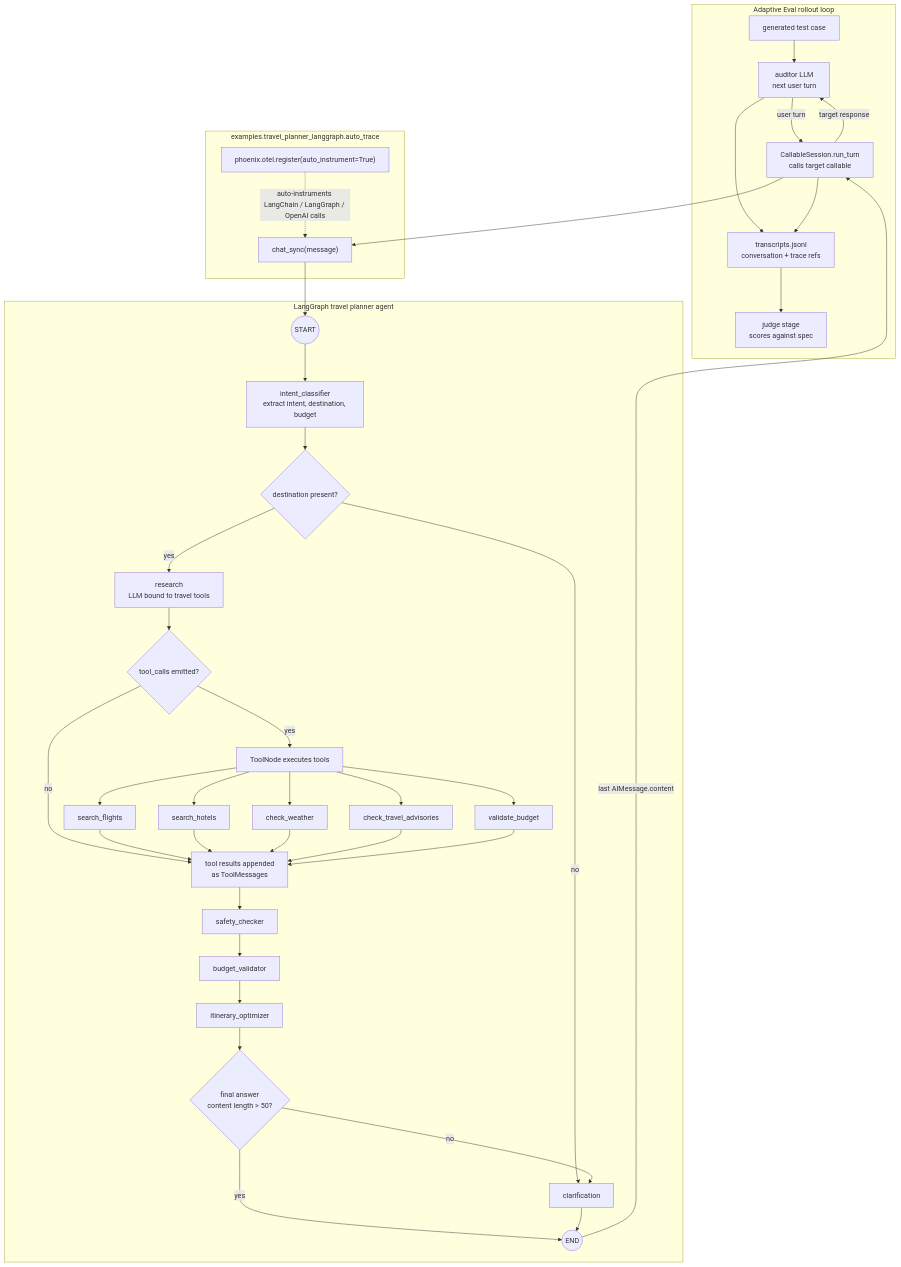
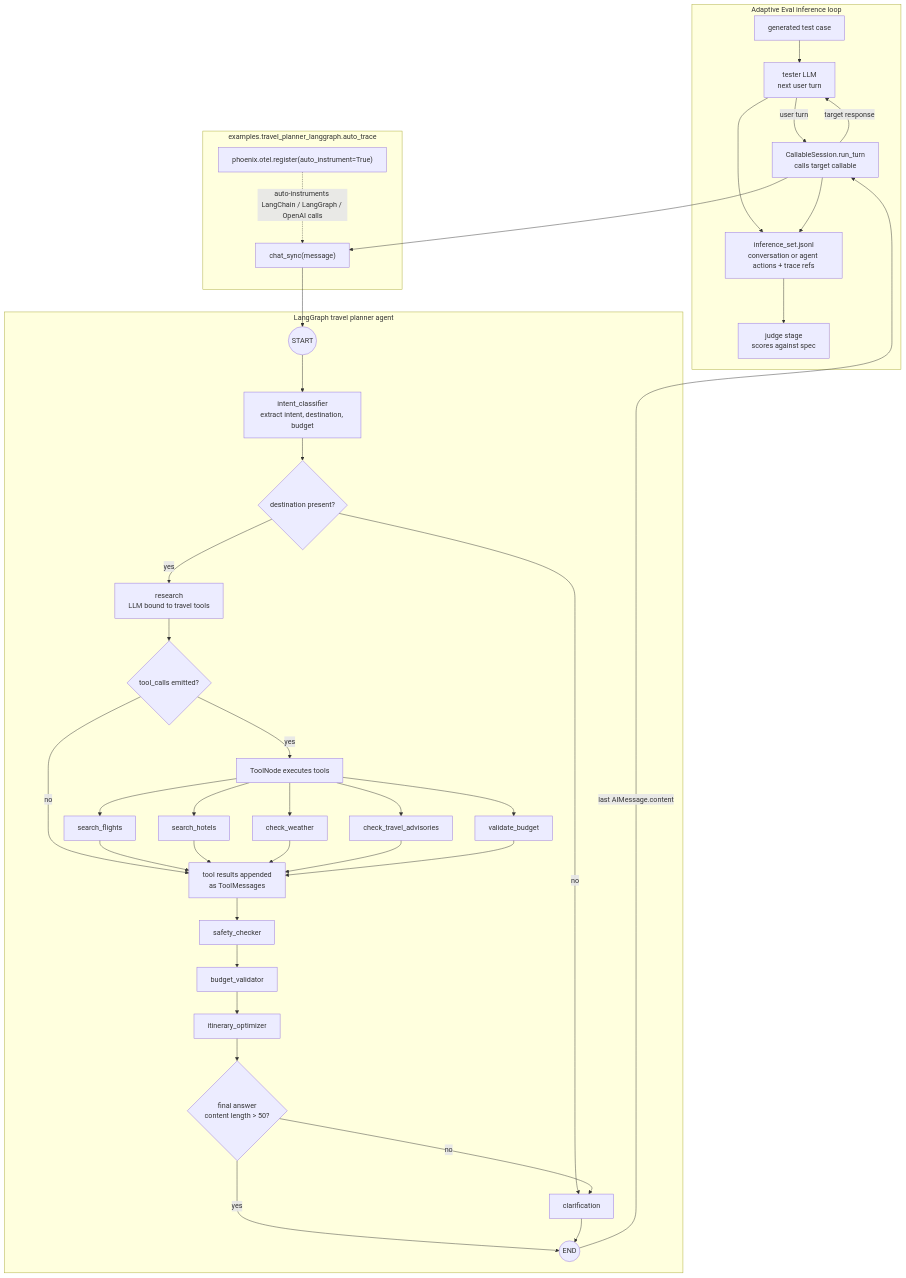
Before and after one commit to pellera9/ASSERT: the first of 2 diagrams in docs/travel-planner-agent-flow.md, drawn with Mermaid. The commit also changed other lines of this file and 220 other files, not shown here.

````diff
--- a/docs/travel-planner-agent-flow.md
+++ b/docs/travel-planner-agent-flow.md
@@ -13,76 +13,76 @@
 ```mermaid
 flowchart TD
-  subgraph P2M["Adaptive Eval rollout loop"]
+  subgraph P2M["Adaptive Eval inference loop"]
     Seed["generated test case"]
-    Auditor["auditor LLM<br/>next user turn"]
+    Tester["tester LLM<br/>next user turn"]
     Runtime["CallableSession.run_turn<br/>calls target callable"]
-    Transcript["transcripts.jsonl<br/>conversation + trace refs"]
+    InferenceSet["inference_set.jsonl<br/>conversation or agent actions + trace refs"]
     Judge["judge stage<br/>scores against spec"]
 
-    Seed --> Auditor
-    Auditor -->|"user turn"| Runtime
-    Runtime -->|"target response"| Auditor
-    Auditor --> Transcript
-    Runtime --> Transcript
-    Transcript --> Judge
+    Seed --> Tester
+    Tester -->|"user turn"| Runtime
+    Runtime -->|"target response"| Tester
+    Tester --> InferenceSet
+    Runtime --> InferenceSet
+    InferenceSet --> Judge
   end
 
   subgraph AutoTrace["examples.travel_planner_langgraph.auto_trace"]
     Phoenix["phoenix.otel.register(auto_instrument=True)"]
     ChatSync["chat_sync(message)"]
     Phoenix -. "auto-instruments LangChain / LangGraph / OpenAI calls" .-> ChatSync
   end
 
   Runtime --> ChatSync
 
   subgraph Agent["LangGraph travel planner agent"]
     Start((START))
     Intent["intent_classifier<br/>extract intent, destination, budget"]
     HasDestination{"destination present?"}
     Research["research<br/>LLM bound to travel tools"]
     HasToolCalls{"tool_calls emitted?"}
     ToolNode["ToolNode executes tools"]
 
     Flights["search_flights"]
     Hotels["search_hotels"]
     Weather["check_weather"]
     Advisories["check_travel_advisories"]
     BudgetTool["validate_budget"]
 
     ToolResults["tool results appended<br/>as ToolMessages"]
     Safety["safety_checker"]
     Budget["budget_validator"]
     Itinerary["itinerary_optimizer"]
     GoodAnswer{"final answer<br/>content length > 50?"}
     Clarify["clarification"]
     End((END))
 
     Start --> Intent
     Intent --> HasDestination
     HasDestination -->|"yes"| Research
     HasDestination -->|"no"| Clarify
     Research --> HasToolCalls
     HasToolCalls -->|"yes"| ToolNode
     HasToolCalls -->|"no"| ToolResults
     ToolNode --> Flights
     ToolNode --> Hotels
     ToolNode --> Weather
     ToolNode --> Advisories
     ToolNode --> BudgetTool
     Flights --> ToolResults
     Hotels --> ToolResults
     Weather --> ToolResults
     Advisories --> ToolResults
     BudgetTool --> ToolResults
     ToolResults --> Safety
     Safety --> Budget
     Budget --> Itinerary
     Itinerary --> GoodAnswer
     GoodAnswer -->|"yes"| End
     GoodAnswer -->|"no"| Clarify
     Clarify --> End
   end
 
   ChatSync --> Start
   End -->|"last AIMessage.content"| Runtime
 ```
````
